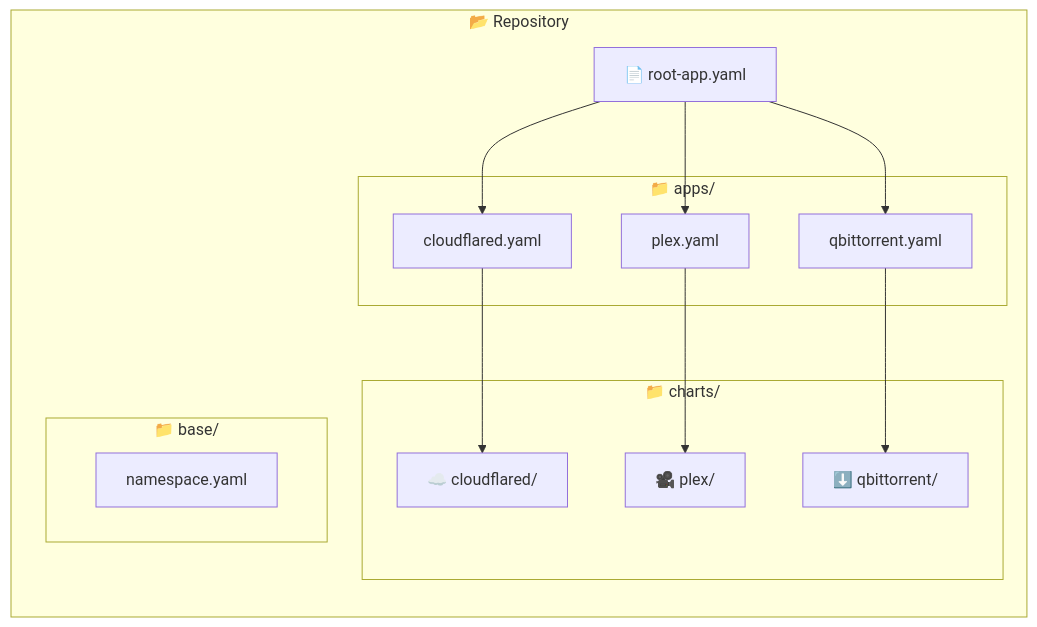
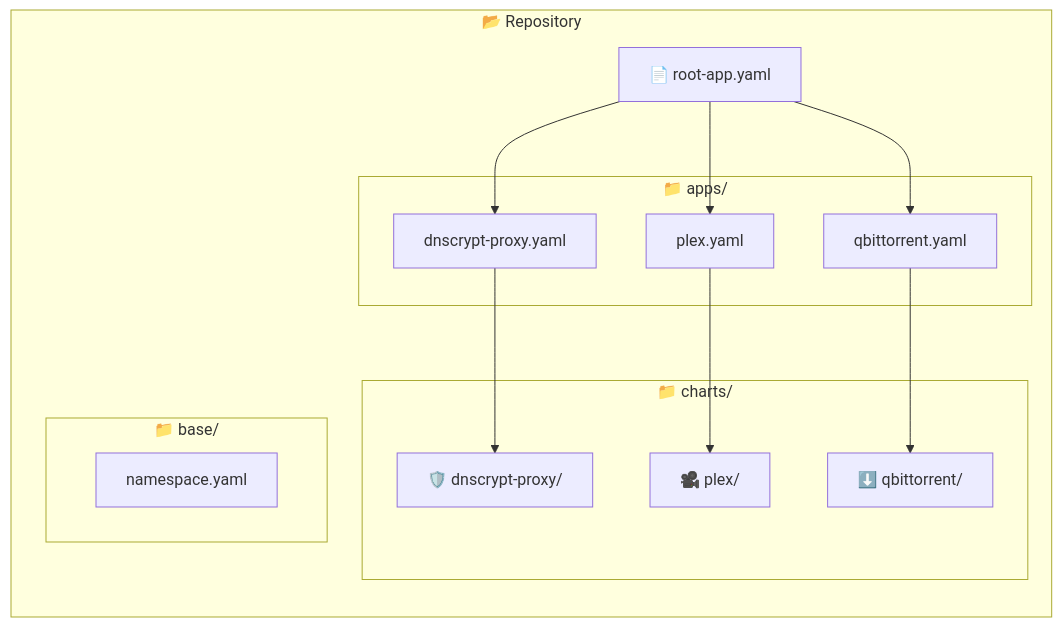
Before and after one commit to muchiny/media-stack-k8s: the second of 3 diagrams in README.md, drawn with Mermaid. The commit also changed other lines of this file and 17 other files, not shown here.

First line of the commit message:
chore: Complete cloudflared to dnscrypt-proxy migration

````diff
--- a/README.md
+++ b/README.md
@@ -66,29 +66,29 @@
 ```mermaid
 graph LR
     subgraph "📂 Repository"
         ROOT[📄 root-app.yaml]
 
         subgraph "📁 apps/"
-            A1[cloudflared.yaml]
+            A1[dnscrypt-proxy.yaml]
             A2[plex.yaml]
             A3[qbittorrent.yaml]
         end
 
         subgraph "📁 charts/"
-            C1[☁️ cloudflared/]
+            C1[🛡️ dnscrypt-proxy/]
             C2[🎥 plex/]
             C3[⬇️ qbittorrent/]
         end
 
         subgraph "📁 base/"
             B1[namespace.yaml]
         end
     end
 
     ROOT --> A1
     ROOT --> A2
     ROOT --> A3
     A1 --> C1
     A2 --> C2
     A3 --> C3
 ```
````
